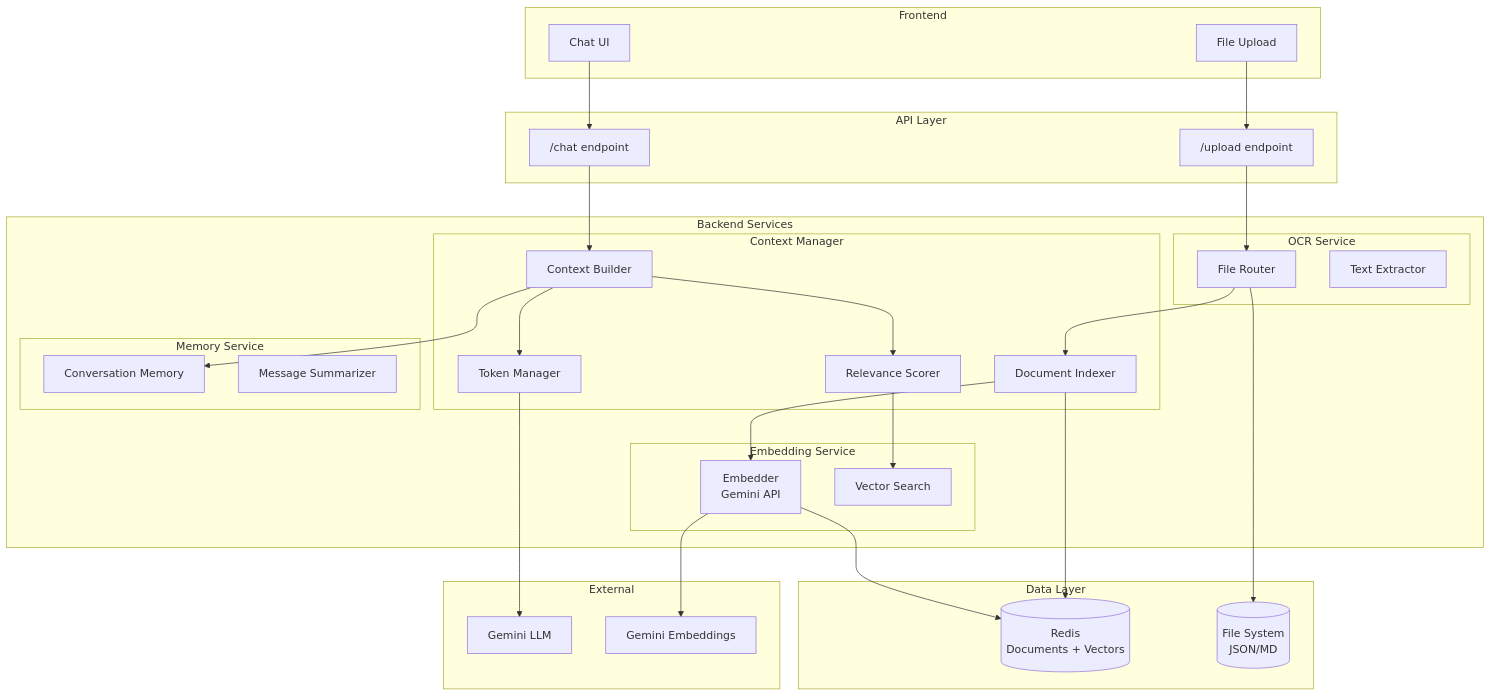
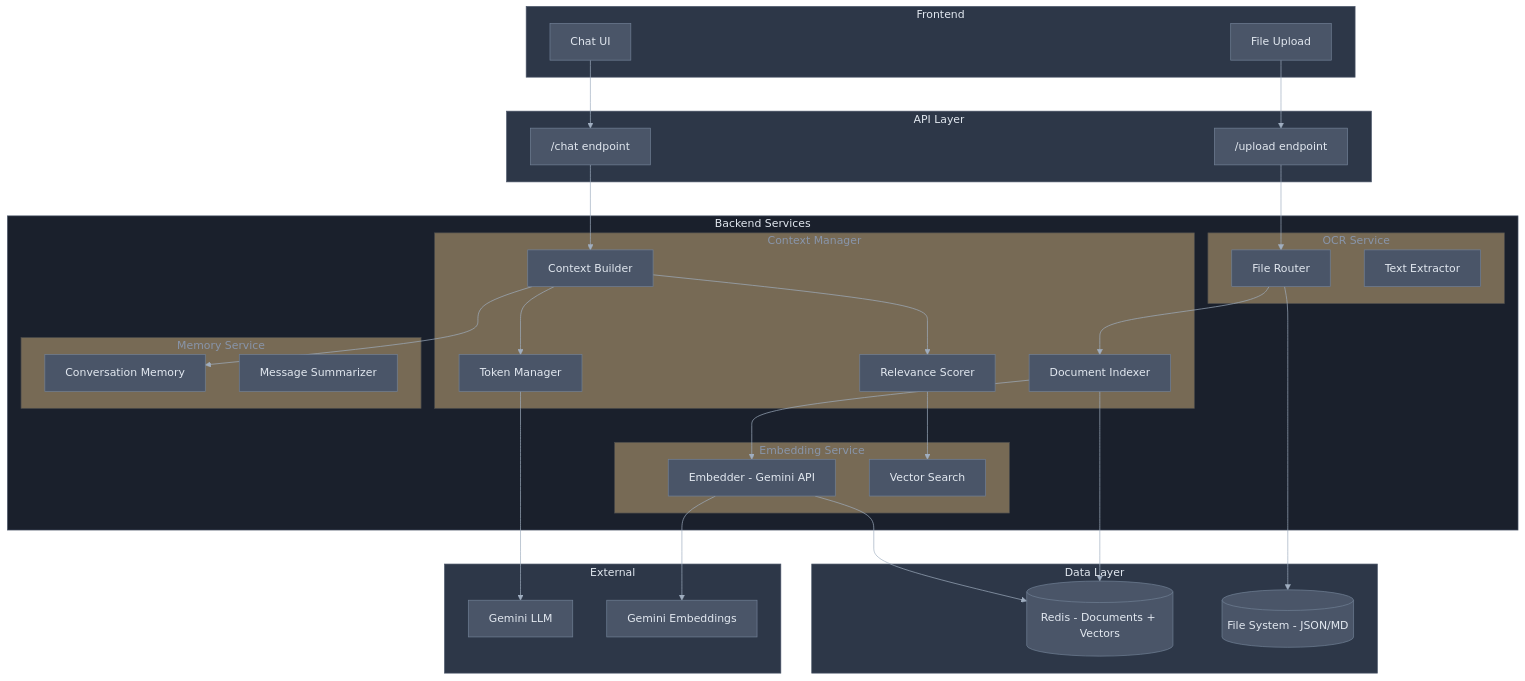
The fourth of 22 diagrams in chat_context/chat_context.md (manumishra-zm/execution_plan), drawn with Mermaid before and after one commit. The commit also changed other lines of this file, not shown here.

````diff
--- a/chat_context/chat_context.md
+++ b/chat_context/chat_context.md
@@ -147,62 +153,69 @@
 ```mermaid
+%%{init: {'theme': 'base', 'themeVariables': { 'primaryColor': '#4a5568', 'primaryTextColor': '#e2e8f0', 'primaryBorderColor': '#718096', 'lineColor': '#a0aec0'}}}%%
 flowchart TB
     subgraph Frontend["Frontend"]
         FE1[Chat UI]
         FE2[File Upload]
     end
 
     subgraph API["API Layer"]
         API1["/chat endpoint"]
         API2["/upload endpoint"]
     end
 
     subgraph Services["Backend Services"]
         subgraph ContextManager["Context Manager"]
             CM1[Document Indexer]
             CM2[Relevance Scorer]
             CM3[Context Builder]
             CM4[Token Manager]
         end
 
         subgraph Embedding["Embedding Service"]
-            EM1[Embedder<br/>Gemini API]
+            EM1["Embedder - Gemini API"]
             EM2[Vector Search]
         end
 
         subgraph Memory["Memory Service"]
             MM1[Conversation Memory]
             MM2[Message Summarizer]
         end
 
         subgraph OCR["OCR Service"]
             OCR1[File Router]
             OCR2[Text Extractor]
         end
     end
 
     subgraph Storage["Data Layer"]
-        DB1[(Redis<br/>Documents + Vectors)]
-        DB2[(File System<br/>JSON/MD)]
+        DB1[("Redis - Documents + Vectors")]
+        DB2[("File System - JSON/MD")]
     end
 
     subgraph External["External"]
         EXT1[Gemini LLM]
         EXT2[Gemini Embeddings]
     end
 
     FE1 --> API1
     FE2 --> API2
     API1 --> CM3
     API2 --> OCR1
     OCR1 --> CM1
     CM1 --> EM1
     CM3 --> CM2
     CM2 --> EM2
     CM3 --> MM1
     CM3 --> CM4
     CM4 --> EXT1
     EM1 --> EXT2
     CM1 --> DB1
     EM1 --> DB1
     OCR1 --> DB2
+
+    style Frontend fill:#2d3748,color:#e2e8f0,stroke:#4a5568
+    style API fill:#2d3748,color:#e2e8f0,stroke:#4a5568
+    style Services fill:#1a202c,color:#e2e8f0,stroke:#4a5568
+    style Storage fill:#2d3748,color:#e2e8f0,stroke:#4a5568
+    style External fill:#2d3748,color:#e2e8f0,stroke:#4a5568
 ```
````
